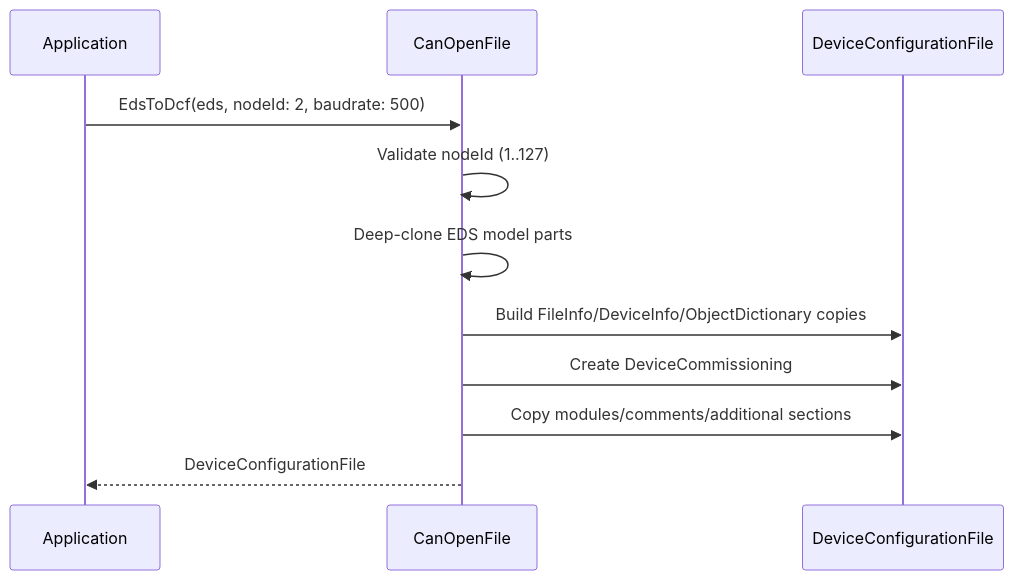
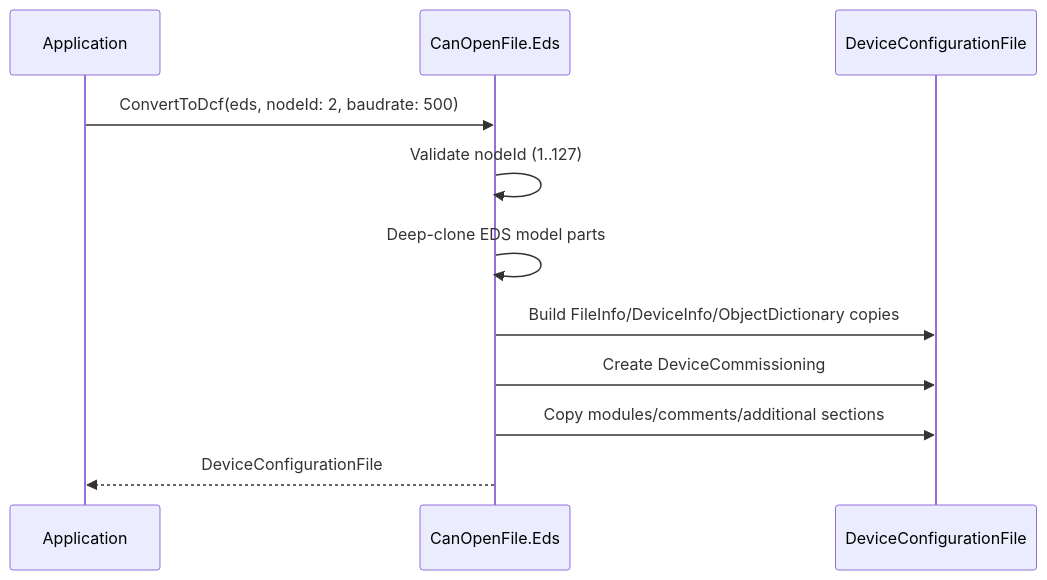
Before and after one commit to dborgards/eds-dcf-net: the third of 9 diagrams in docs/architecture/06-runtime-view.md, drawn with Mermaid. The commit also changed other lines of this file and 7 other files, not shown here.

First line of the commit message:
docs: align architecture docs, remarks, examples, README with 1.13 surface (#547) (#552)

````diff
--- a/docs/architecture/06-runtime-view.md
+++ b/docs/architecture/06-runtime-view.md
@@ -36,14 +68,14 @@
 ```mermaid
 sequenceDiagram
     participant App as Application
-    participant CF as CanOpenFile
+    participant CF as CanOpenFile.Eds
     participant Model as DeviceConfigurationFile
 
-    App->>CF: EdsToDcf(eds, nodeId: 2, baudrate: 500)
+    App->>CF: ConvertToDcf(eds, nodeId: 2, baudrate: 500)
     CF->>CF: Validate nodeId (1..127)
     CF->>CF: Deep-clone EDS model parts
     CF->>Model: Build FileInfo/DeviceInfo/ObjectDictionary copies
     CF->>Model: Create DeviceCommissioning
     CF->>Model: Copy modules/comments/additional sections
     CF-->>App: DeviceConfigurationFile
 ```
````
